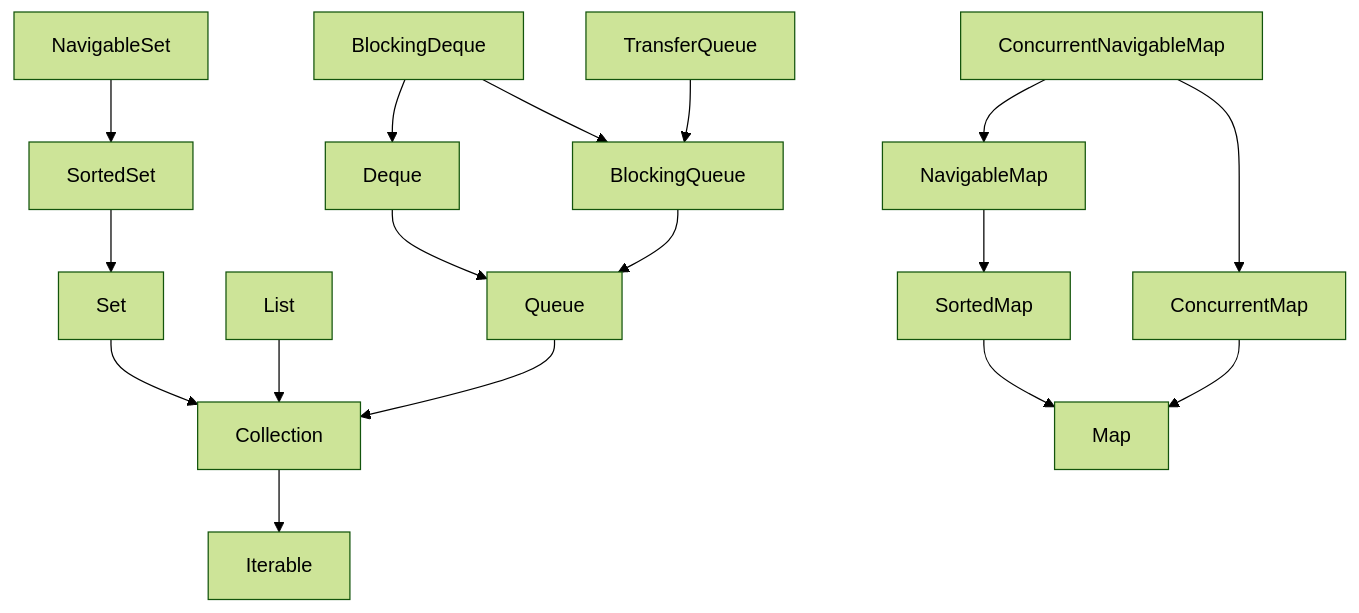
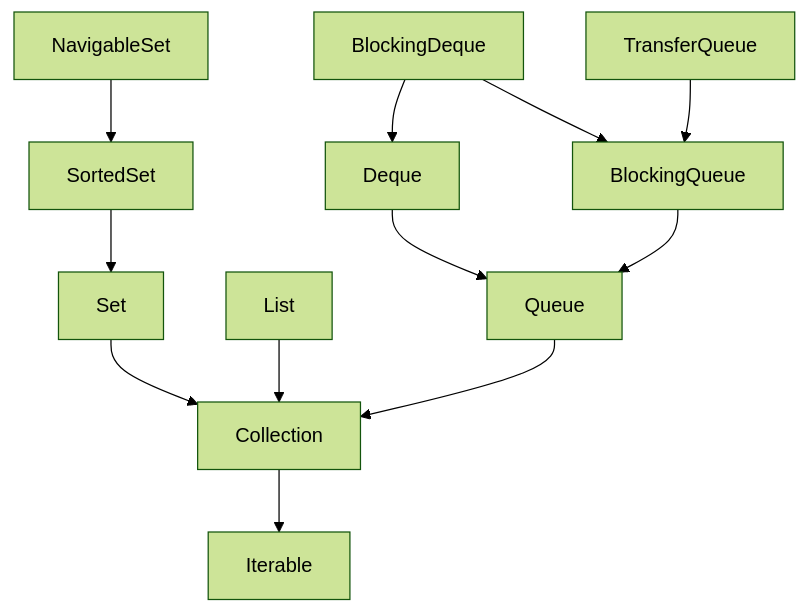
The first of 2 diagrams in README.md (Sandydht/belajar-java-collection), drawn with Mermaid (forest theme) before and after one commit.

````diff
--- a/README.md
+++ b/README.md
@@ -12,37 +12,26 @@
 ```mermaid
 flowchart
     A["Iterable"]
     B["Collection"]
     C["Set"]
     D["List"]
     E["Queue"]
     F["SortedSet"]
     G["Deque"]
     H["BlockingQueue"]
     I["NavigableSet"]
     J["BlockingDeque"]
     K["TransferQueue"]
-    L["Map"]
-    M["SortedMap"]
-    N["NavigableMap"]
-    O["ConcurrentMap"]
-    P["ConcurrentNavigableMap"]
     
     I --> F
     F --> C
     C --> B
     B --> A
     D --> B
     J --> G
     J --> H
     G --> E
     E --> B
     H --> E
     K --> H
-    
-    P --> N
-    P --> O
-    N --> M
-    M --> L
-    O --> L
 ```
````
